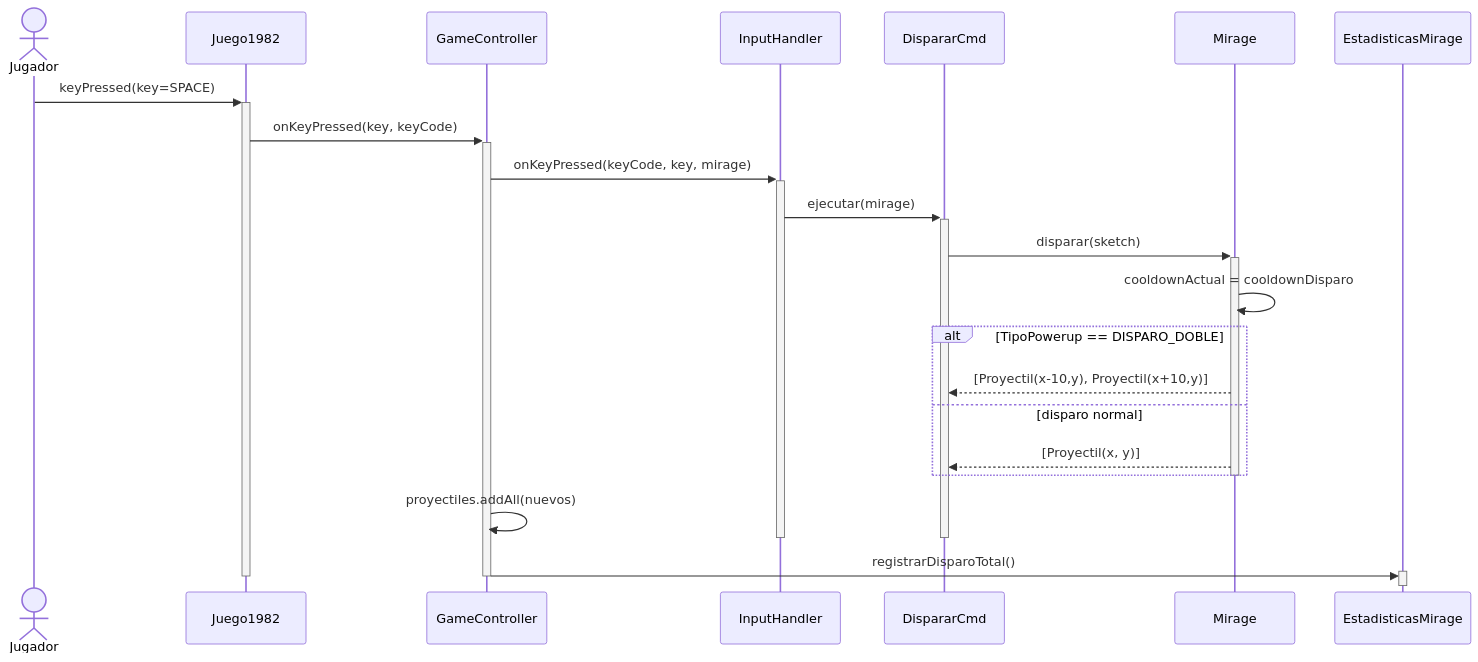
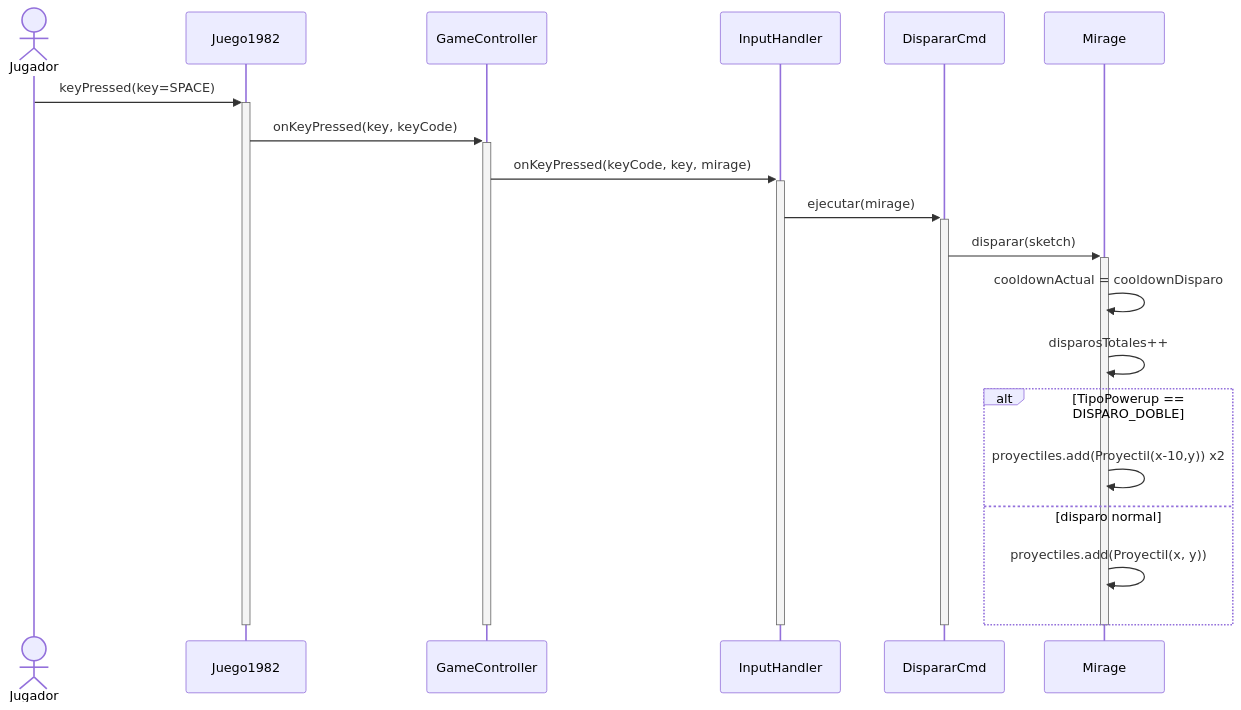
Before and after one commit to Christian-Rojas-Rodriguez/juego-1982: the third of 12 diagrams in docs/analisis/casos-de-uso.md, drawn with Mermaid. The commit also changed 2 other files, not shown here.

Commit message:
Refactorizar ownership de proyectiles: Mirage gestiona su propia lista
- Mirage ahora es dueño de `List<Proyectil>` y `disparosTotales`
- `disparar()` pasa a void: agrega internamente y trackea el contador
- `DispararCmd` solo necesita `sketch`, sin acoplamiento a lista externa
- `GameController` accede a proyectiles via `mirage.getProyectiles()`
- `EstadisticasMirage.exportar()` consulta `mirage.getDisparosTotales()`
  para calcular precisión, eliminando `registrarDisparoTotal()`
- Actualiza diagrama de clases, descripción de clases y UC-02

````diff
--- a/docs/analisis/casos-de-uso.md
+++ b/docs/analisis/casos-de-uso.md
@@ -139,30 +139,27 @@
 ```mermaid
 sequenceDiagram
     actor Jugador
     participant Juego1982
     participant GameController
     participant InputHandler
     participant DispararCmd
     participant Mirage
-    participant EstadisticasMirage
 
     Jugador->>+Juego1982: keyPressed(key=SPACE)
     Juego1982->>+GameController: onKeyPressed(key, keyCode)
     GameController->>+InputHandler: onKeyPressed(keyCode, key, mirage)
     InputHandler->>+DispararCmd: ejecutar(mirage)
     DispararCmd->>+Mirage: disparar(sketch)
     Mirage->>Mirage: cooldownActual = cooldownDisparo
+    Mirage->>Mirage: disparosTotales++
     alt TipoPowerup == DISPARO_DOBLE
-        Mirage-->>DispararCmd: [Proyectil(x-10,y), Proyectil(x+10,y)]
+        Mirage->>Mirage: proyectiles.add(Proyectil(x-10,y)) x2
     else disparo normal
-        Mirage-->>DispararCmd: [Proyectil(x, y)]
+        Mirage->>Mirage: proyectiles.add(Proyectil(x, y))
     end
     deactivate Mirage
-    GameController->>GameController: proyectiles.addAll(nuevos)
     deactivate DispararCmd
     deactivate InputHandler
-    GameController->>+EstadisticasMirage: registrarDisparoTotal()
-    deactivate EstadisticasMirage
     deactivate GameController
     deactivate Juego1982
 ```
````
